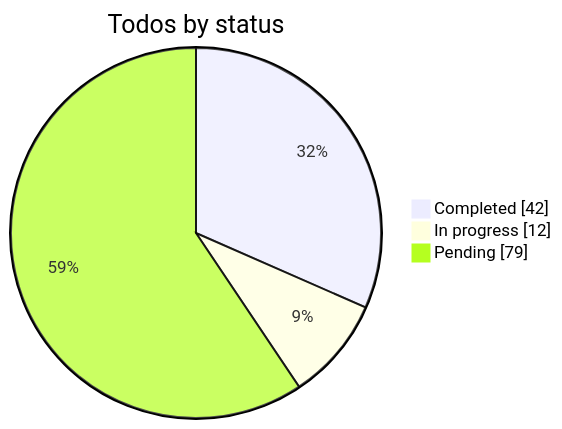
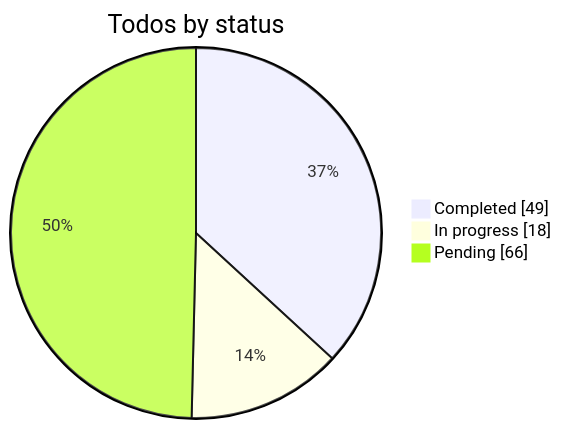
Before and after one commit to KantaPaul/next-cms: the diagram in .cursor/plans/custom_builder_engine_refs.plan.md, drawn with Mermaid. The commit also changed other lines of this file and 23 other files, not shown here.

````diff
--- a/.cursor/plans/custom_builder_engine_refs.plan.md
+++ b/.cursor/plans/custom_builder_engine_refs.plan.md
@@ -427,6 +427,6 @@
 ```mermaid
 pie showData title Todos by status
-  "Completed" : 42
-  "In progress" : 12
-  "Pending" : 79
+  "Completed" : 49
+  "In progress" : 18
+  "Pending" : 66
 ```
````
